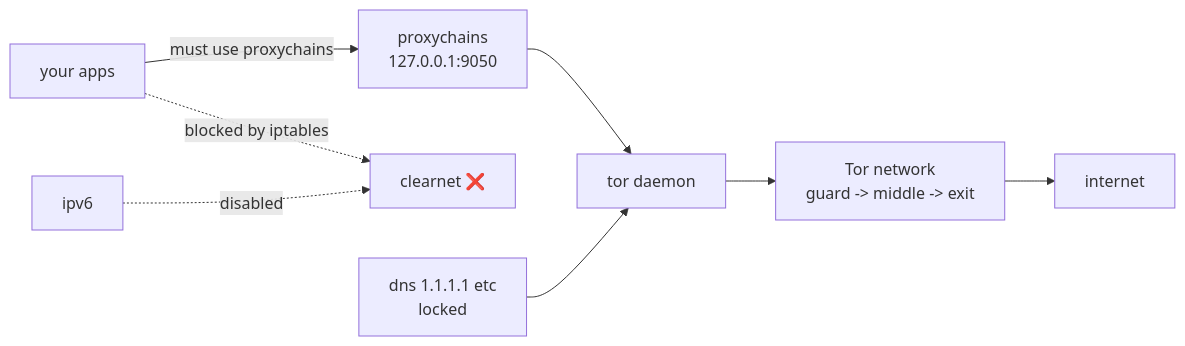
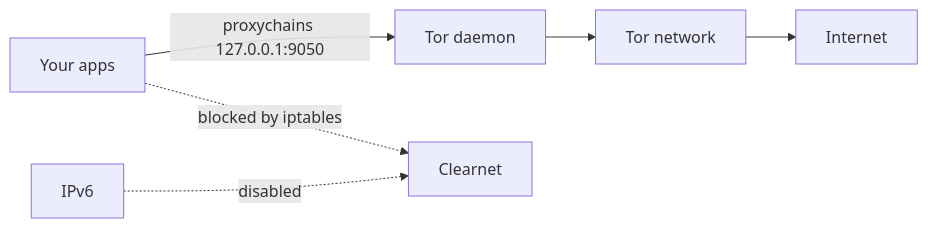
The diagram in README.md (Aryann019x/Anonymity-Tool), drawn with Mermaid before and after one commit. The commit also changed other lines of this file, not shown here.

````diff
--- a/README.md
+++ b/README.md
@@ -71,10 +85,8 @@
 ```mermaid
 flowchart LR
-    YOU[your apps] -->|must use proxychains| PX[proxychains<br/>127.0.0.1:9050]
-    PX --> TOR[tor daemon]
-    TOR --> NET[Tor network<br/>guard -> middle -> exit]
-    NET --> WEB[internet]
-    YOU -.->|blocked by iptables| CLEAR[clearnet ❌]
-    IPV6[ipv6] -.->|disabled| CLEAR
-    DNS[dns 1.1.1.1 etc<br/>locked] --> TOR
+    A[Your apps] -->|proxychains 127.0.0.1:9050| B[Tor daemon]
+    B --> C[Tor network]
+    C --> D[Internet]
+    A -. blocked by iptables .-> E[Clearnet]
+    F[IPv6] -. disabled .-> E
 ```
````
